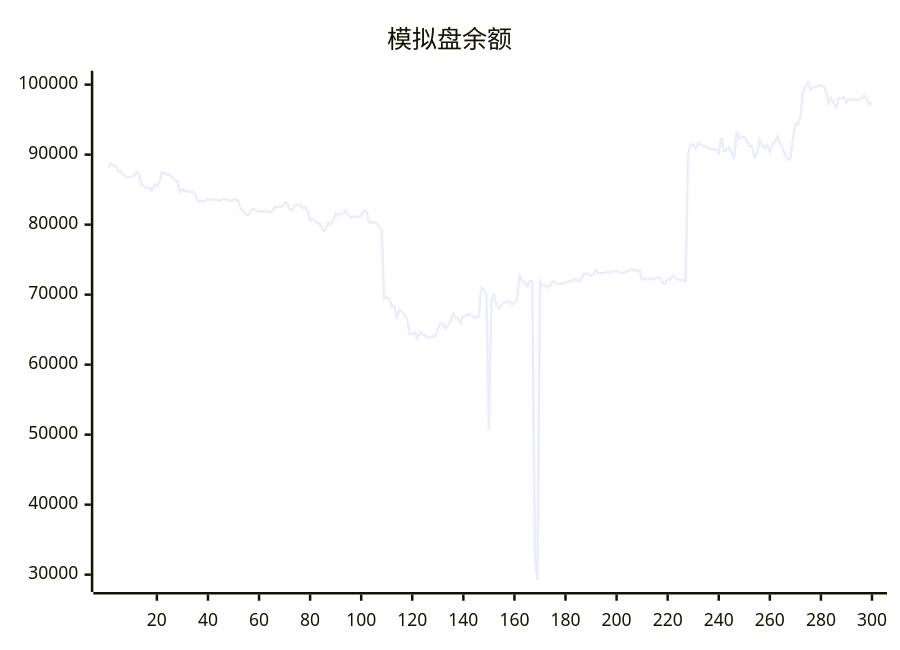
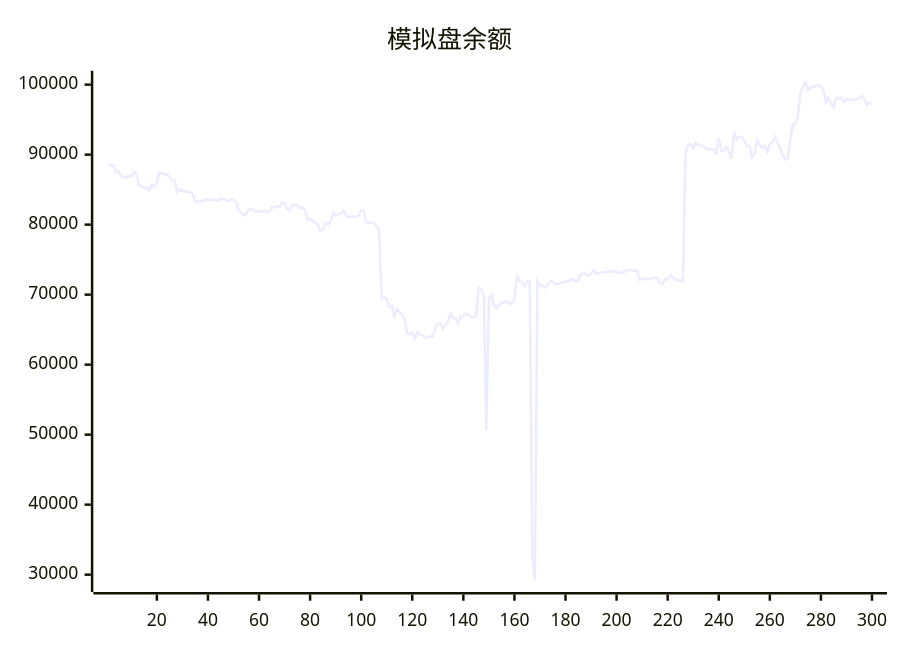
Before and after one commit to aahl/ai-trading: the diagram in README.md, drawn with Mermaid. The commit also changed other lines of this file and 1 other file, not shown here.

````diff
--- a/README.md
+++ b/README.md
@@ -5,5 +5,5 @@
 ```mermaid
 xychart
     title "模拟盘余额"
-    line [88207,88755,88401,88444,87543,87608,87000,86810,86740,86894,86884,87576,87209,85686,85435,85251,85255,84820,85689,85453,86066,87420,87373,87161,87178,86740,86341,86315,84643,85012,84772,84768,84690,84635,84376,83360,83357,83259,83474,83608,83606,83602,83548,83440,83454,83724,83644,83464,83365,83590,83592,83275,82072,81806,81344,81492,82109,82254,82006,81848,81955,81829,82022,81769,81776,82522,82441,82656,82498,83144,83144,82150,82038,82797,82763,82872,82367,82536,81981,80612,80862,80484,80242,80034,79063,79245,80226,80016,80507,81625,81233,81544,81578,82016,81401,81019,81186,81130,81118,81306,82066,81909,80392,80304,80291,80258,79729,79261,69466,69579,69456,68251,68415,66832,67911,67462,67144,66432,64380,64375,64606,63740,64647,64324,64216,63842,63877,64078,64008,65156,65945,65888,65157,65625,66144,67284,66653,66639,65924,66925,66956,67263,67108,66766,66729,66886,70927,70673,70049,50652,69334,69973,68400,68061,68578,68876,68879,69055,68662,68822,69329,72687,71999,71760,71162,71911,71896,32500,29218,71927,71297,71305,71044,71337,71883,71822,71536,71536,71622,71723,71880,71860,72100,72216,71887,72077,72940,72976,72966,72638,72948,73497,73004,73041,73173,73160,73186,73258,73375,73351,73173,73098,73161,73305,73474,73536,73457,73413,73412,72100,72333,72164,72272,72204,72285,72461,72421,71652,71521,72267,72157,72774,72424,72144,72060,72091,71858,90185,91338,91466,90900,91678,91404,91268,91244,90903,90779,90787,90721,90187,92429,90518,90619,91070,90328,89376,93286,92202,92581,92485,91947,91196,91259,89619,90086,92063,91355,90950,91327,90373,91498,91800,92531,91603,90910,90031,89351,89334,92097,94406,94315,95455,98972,99763,100286,99229,99622,99701,99805,99938,99738,99082,97430,98094,97267,96741,98081,98013,98194,97447,97983,97789,97969,97729,97911,98043,98405,97912,97120,97448]
+    line [88755,88401,88444,87543,87608,87000,86810,86740,86894,86884,87576,87209,85686,85435,85251,85255,84820,85689,85453,86066,87420,87373,87161,87178,86740,86341,86315,84643,85012,84772,84768,84690,84635,84376,83360,83357,83259,83474,83608,83606,83602,83548,83440,83454,83724,83644,83464,83365,83590,83592,83275,82072,81806,81344,81492,82109,82254,82006,81848,81955,81829,82022,81769,81776,82522,82441,82656,82498,83144,83144,82150,82038,82797,82763,82872,82367,82536,81981,80612,80862,80484,80242,80034,79063,79245,80226,80016,80507,81625,81233,81544,81578,82016,81401,81019,81186,81130,81118,81306,82066,81909,80392,80304,80291,80258,79729,79261,69466,69579,69456,68251,68415,66832,67911,67462,67144,66432,64380,64375,64606,63740,64647,64324,64216,63842,63877,64078,64008,65156,65945,65888,65157,65625,66144,67284,66653,66639,65924,66925,66956,67263,67108,66766,66729,66886,70927,70673,70049,50652,69334,69973,68400,68061,68578,68876,68879,69055,68662,68822,69329,72687,71999,71760,71162,71911,71896,32500,29218,71927,71297,71305,71044,71337,71883,71822,71536,71536,71622,71723,71880,71860,72100,72216,71887,72077,72940,72976,72966,72638,72948,73497,73004,73041,73173,73160,73186,73258,73375,73351,73173,73098,73161,73305,73474,73536,73457,73413,73412,72100,72333,72164,72272,72204,72285,72461,72421,71652,71521,72267,72157,72774,72424,72144,72060,72091,71858,90185,91338,91466,90900,91678,91404,91268,91244,90903,90779,90787,90721,90187,92429,90518,90619,91070,90328,89376,93286,92202,92581,92485,91947,91196,91259,89619,90086,92063,91355,90950,91327,90373,91498,91800,92531,91603,90910,90031,89351,89334,92097,94406,94315,95455,98972,99763,100286,99229,99622,99701,99805,99938,99738,99082,97430,98094,97267,96741,98081,98013,98194,97447,97983,97789,97969,97729,97911,98043,98405,97912,97120,97448,97154]
 ```
````
